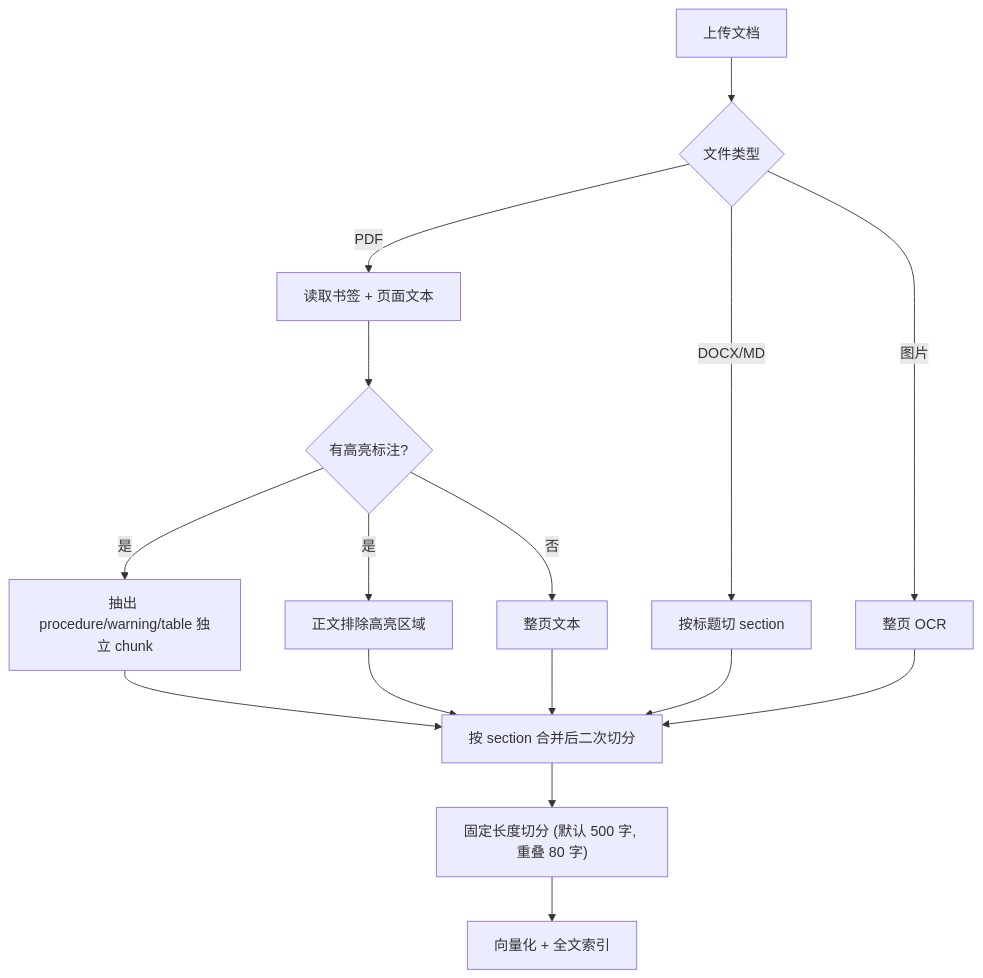
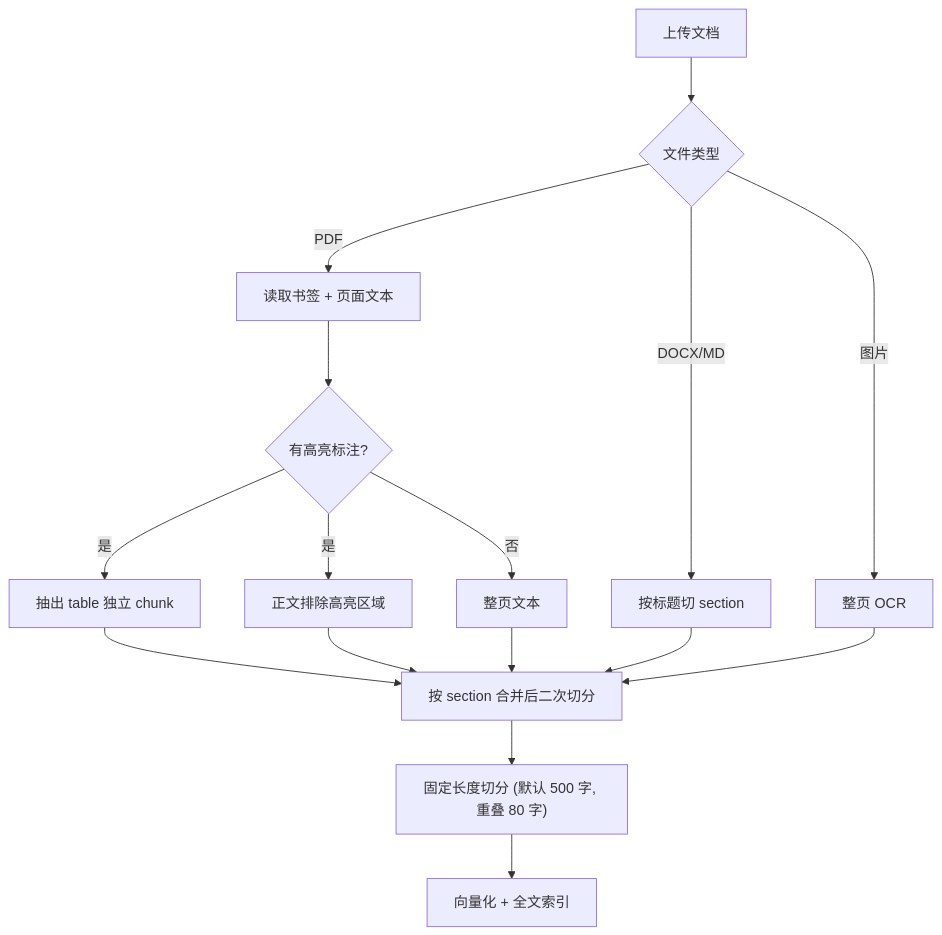
One commit to zJustHow/AllDocs changed the diagram in docs/annotation-guide.md. Above: the diagram before and after it, drawn with Mermaid. The commit also changed other lines of this file and 43 other files, not shown here.

````diff
--- a/docs/annotation-guide.md
+++ b/docs/annotation-guide.md
@@ -24,18 +24,18 @@
 ```mermaid
 flowchart TD
     A[上传文档] --> B{文件类型}
     B -->|PDF| C[读取书签 + 页面文本]
     B -->|DOCX/MD| D[按标题切 section]
     B -->|图片| E[整页 OCR]
     C --> F{有高亮标注?}
-    F -->|是| G[抽出 procedure/warning/table 独立 chunk]
+    F -->|是| G[抽出 table 独立 chunk]
     F -->|是| H[正文排除高亮区域]
     F -->|否| I[整页文本]
     G --> J[按 section 合并后二次切分]
     H --> J
     I --> J
     D --> J
     E --> J
     J --> K["固定长度切分 (默认 500 字, 重叠 80 字)"]
     K --> L[向量化 + 全文索引]
 ```
````
